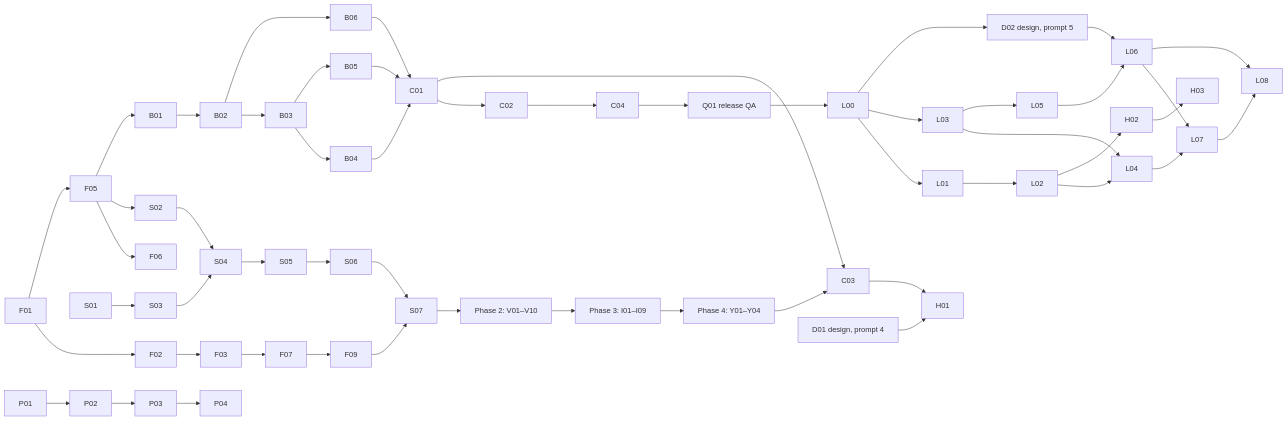
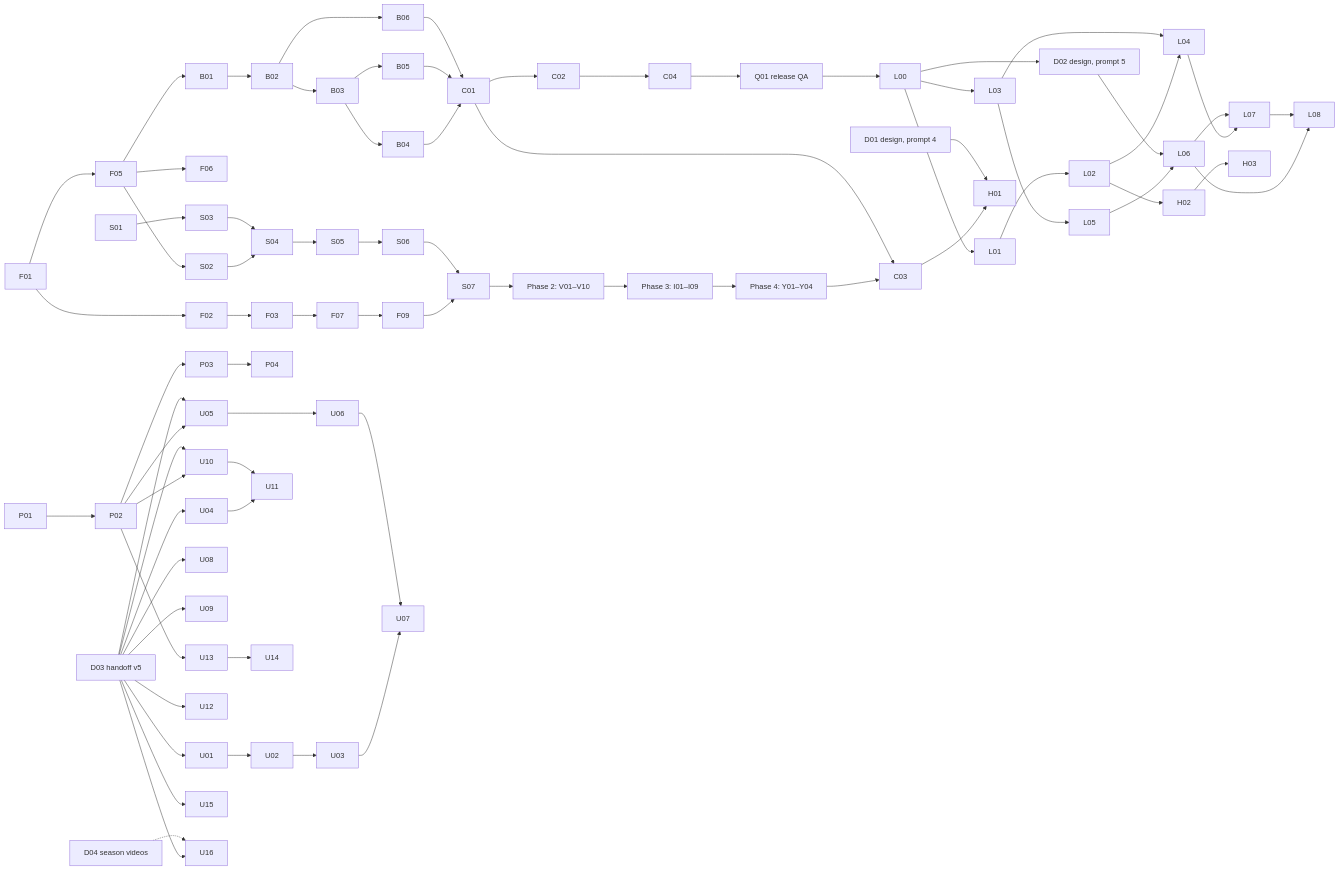
One commit to vespaiach/glance changed the diagram in docs/execution-plan.md. Above: the diagram before and after it, drawn with Mermaid. The commit also changed other lines of this file and 9 other files, not shown here.

````diff
--- a/docs/execution-plan.md
+++ b/docs/execution-plan.md
@@ -34,25 +34,36 @@
 ```mermaid
 graph LR
   F01 --> F02 --> F03 --> F07 --> F09 --> S07
   F01 --> F05 --> F06
   F05 --> S02 --> S04 --> S05 --> S06 --> S07
   S01 --> S03 --> S04
   S07 --> V[Phase 2: V01–V10] --> I[Phase 3: I01–I09] --> Y[Phase 4: Y01–Y04]
   F05 --> B01 --> B02 --> B03 --> B04
   B03 --> B05
   B02 --> B06
   B04 & B05 & B06 --> C01 --> C02 --> C04
   Y --> C03
   C01 --> C03
   C04 --> Q[Q01 release QA]
   Q --> L00 --> L01 --> L02 --> L04
   L00 --> L03 --> L04
   L03 --> L05 --> L06
   L00 --> D02[D02 design, prompt 5] --> L06
   L04 & L06 --> L07
   L06 --> L08
   L07 --> L08
   C03 & D01[D01 design, prompt 4] --> H01
   L02 --> H02 --> H03
   P01 --> P02 --> P03 --> P04
+  D03[D03 handoff v5] --> U01 --> U02 --> U03 --> U07
+  D03 --> U04 --> U11
+  P02 & D03 --> U05 --> U06 --> U07
+  D03 --> U08
+  D03 --> U09
+  P02 & D03 --> U10 --> U11
+  D03 --> U12
+  P02 --> U13 --> U14
+  D03 --> U15
+  D03 --> U16
+  D04[D04 season videos] -.-> U16
 ```
````
